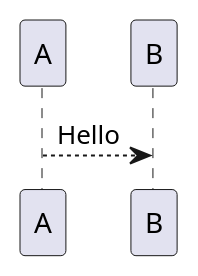
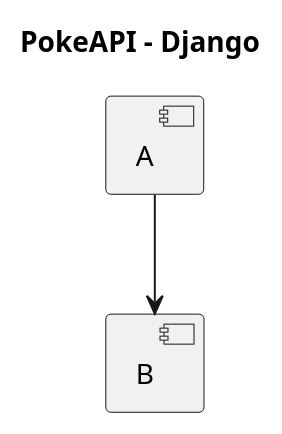
The diagram in Doc/doc.puml (gabrielpcardozo/PokeAPI), drawn with PlantUML before and after one commit. The commit also changed 22 other files, not shown here.

First line of the commit message:
Setup do PlantUML

```diff
--- a/Doc/doc.puml
+++ b/Doc/doc.puml
@@ -1,3 +1,4 @@
-@startuml Hello World
-A --> B : Hello
+@startuml teste
+title PokeAPI - Django
+[A] --> [B]
 @enduml
```
